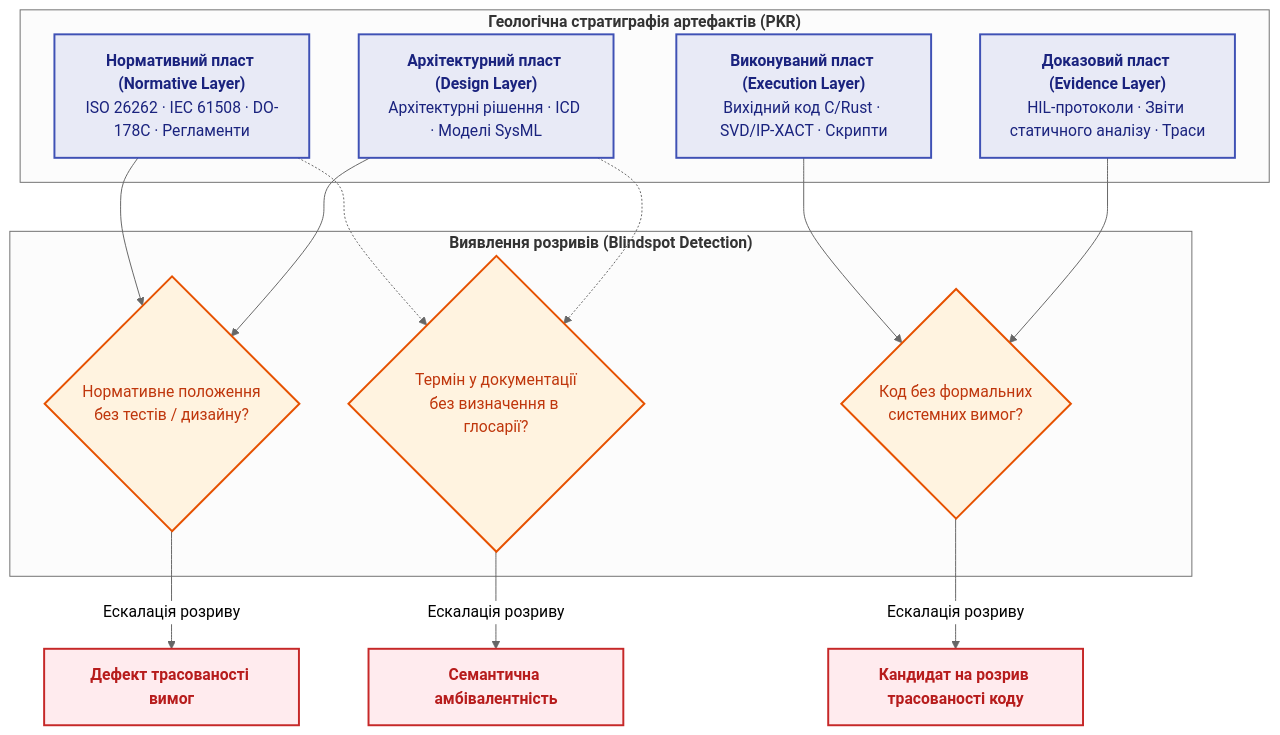
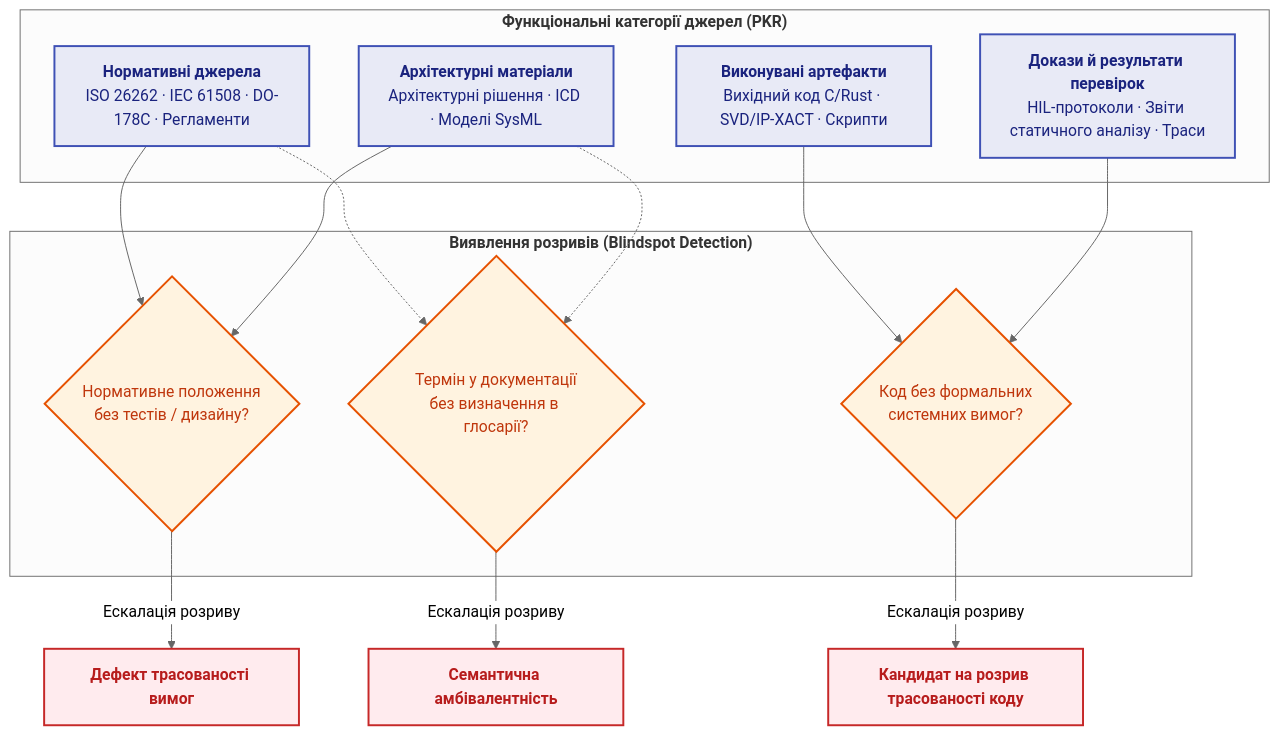
Before and after one commit to nick-fedchik/articles: the first of 15 diagrams in ExpertSystem/ch10-knowledge-acquisition-systems.md, drawn with Mermaid (neutral theme). The commit also changed other lines of this file and 43 other files, not shown here.

````diff
--- a/ExpertSystem/ch10-knowledge-acquisition-systems.md
+++ b/ExpertSystem/ch10-knowledge-acquisition-systems.md
@@ -46,37 +46,37 @@
 ```mermaid
 flowchart TB
-    accTitle: Стратиграфія артефактів та виявлення розривів трасованості в парадигмі PKR
-    accDescr: Чотири пласти технічної спадщини (нормативний, архітектурний, виконуваний, доказовий) та виявлення структурних розривів між ними за допомогою PKR.
+    accTitle: Категорії джерел і розриви простежуваності під час PKR
+    accDescr: Чотири функціональні категорії джерел — нормативні, архітектурні, виконувані та доказові — і перевірка зв'язків між ними під час PKR.
 
-    subgraph STRAT["<b>Геологічна стратиграфія артефактів (PKR)</b>"]
-        L1["<b>Нормативний пласт (Normative Layer)</b><br/>ISO 26262 · IEC 61508 · DO-178C · Регламенти"]
-        L2["<b>Архітектурний пласт (Design Layer)</b><br/>Архітектурні рішення · ICD · Моделі SysML"]
-        L3["<b>Виконуваний пласт (Execution Layer)</b><br/>Вихідний код C/Rust · SVD/IP-XACT · Скрипти"]
-        L4["<b>Доказовий пласт (Evidence Layer)</b><br/>HIL-протоколи · Звіти статичного аналізу · Траси"]
+    subgraph STRAT["<b>Функціональні категорії джерел (PKR)</b>"]
+        L1["<b>Нормативні джерела</b><br/>ISO 26262 · IEC 61508 · DO-178C · Регламенти"]
+        L2["<b>Архітектурні матеріали</b><br/>Архітектурні рішення · ICD · Моделі SysML"]
+        L3["<b>Виконувані артефакти</b><br/>Вихідний код C/Rust · SVD/IP-XACT · Скрипти"]
+        L4["<b>Докази й результати перевірок</b><br/>HIL-протоколи · Звіти статичного аналізу · Траси"]
     end
 
     subgraph GAPS["<b>Виявлення розривів (Blindspot Detection)</b>"]
         G1{"Нормативне положення<br/>без тестів / дизайну?"}
         G2{"Код без формальних<br/>системних вимог?"}
         G3{"Термін у документації<br/>без визначення в глосарії?"}
     end
 
     L1 --> G1
     L2 --> G1
     L3 --> G2
     L4 --> G2
     L1 -.-> G3
     L2 -.-> G3
 
     G1 -->|"Ескалація розриву"| ESC1["<b>Дефект трасованості вимог</b>"]
     G2 -->|"Ескалація розриву"| ESC2["<b>Кандидат на розрив трасованості коду</b>"]
     G3 -->|"Ескалація розриву"| ESC3["<b>Семантична амбівалентність</b>"]
 
     classDef strat fill:#e8eaf6,stroke:#3f51b5,stroke-width:2px,color:#1a237e;
     classDef gap fill:#fff3e0,stroke:#e65100,stroke-width:2px,color:#bf360c;
     classDef esc fill:#ffebee,stroke:#c62828,stroke-width:2px,color:#b71c1c;
 
     class L1,L2,L3,L4 strat;
     class G1,G2,G3 gap;
     class ESC1,ESC2,ESC3 esc;
 ```
````
